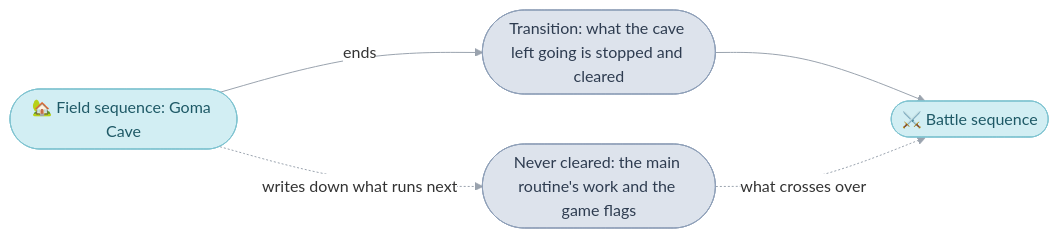
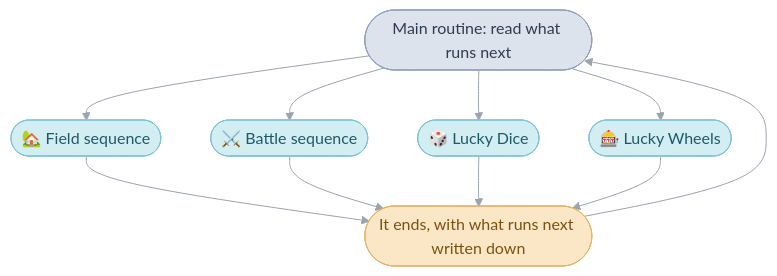
One commit to PascalPixel/alchemy changed the first of 2 diagrams in games/tbs/system.md. Above: the diagram before and after it, drawn with Mermaid. The commit also changed other lines of this file and 3 other files, not shown here.

````diff
--- a/games/tbs/system.md
+++ b/games/tbs/system.md
@@ -80,12 +16,13 @@
 ```mermaid
 %%{init: {"theme": "base", "themeVariables": {"lineColor": "#9AA3AE", "edgeLabelBackground": "#FFFFFF"}, "flowchart": {"curve": "basis", "padding": 12}}}%%
-flowchart LR
-  cave(["🏡 Field sequence: Goma Cave"]) -- "ends" --> clear(["Transition: what the cave left going is stopped and cleared"])
-  clear --> battle(["⚔️ Battle sequence"])
-  cave -. "writes down what runs next" .-> kept(["Never cleared: the main routine's work and the game flags"])
-  kept -. "what crosses over" .-> battle
+flowchart TD
+  loop(["Main routine: read what runs next"]) --> scene(["🏡 Field sequence"]) & battle(["⚔️ Battle sequence"]) & dice(["🎲 Lucky Dice"]) & wheels(["🎰 Lucky Wheels"])
+  scene & battle & dice & wheels --> back(["It ends, with what runs next written down"])
+  back --> loop
   classDef mainRoutine fill:#DDE3EC,stroke:#8FA0B8,color:#2E3C50
   classDef sequence fill:#D2EEF3,stroke:#7FC3D0,color:#1E5966
-  class clear,kept mainRoutine
-  class cave,battle sequence
+  classDef request fill:#FBE7C6,stroke:#E0B46A,color:#7A5212
+  class loop mainRoutine
+  class scene,battle,dice,wheels sequence
+  class back request
 ```
````
